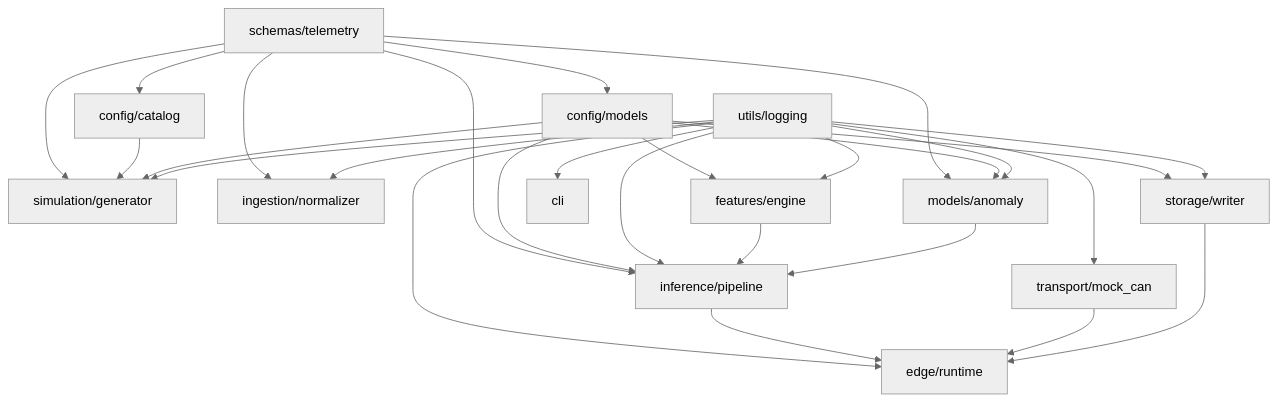
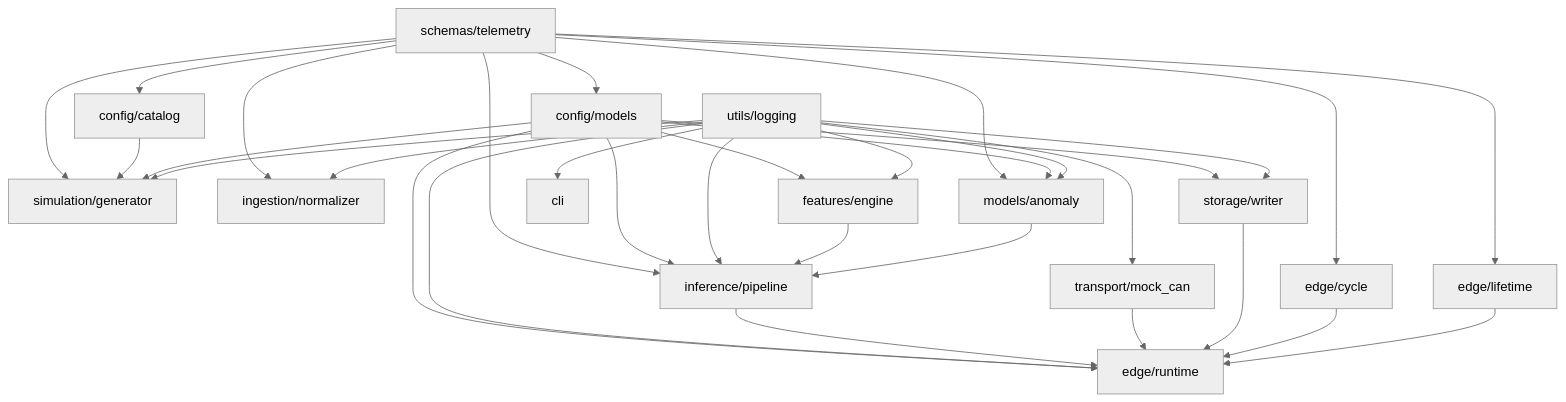
The fourth of 4 diagrams in docs/01_architecture.md (jayaprakash87/vehicle-intelligence-platform), drawn with Mermaid (neutral theme) before and after one commit. The commit also changed other lines of this file and 1 other file, not shown here.

Commit message:
feat(docs): enhance cycle and lifetime health documentation with detailed histogram tracking and processing layers

````diff
--- a/docs/01_architecture.md
+++ b/docs/01_architecture.md
@@ -129,32 +139,37 @@
 ```mermaid
 graph TD
     SCH[schemas/telemetry] --> CFG[config/models]
     SCH --> CAT[config/catalog]
     SCH --> SIM[simulation/generator]
     SCH --> ING[ingestion/normalizer]
     SCH --> MOD[models/anomaly]
     SCH --> INF[inference/pipeline]
+    SCH --> CYC[edge/cycle]
+    SCH --> LFT[edge/lifetime]
 
     CAT --> SIM
     CFG --> SIM
     CFG --> FE[features/engine]
     CFG --> MOD
     CFG --> INF
     CFG --> STR[storage/writer]
+    CFG --> EDG[edge/runtime]
 
     LOG[utils/logging] --> SIM
     LOG --> ING
     LOG --> FE
     LOG --> MOD
     LOG --> INF
     LOG --> TRN[transport/mock_can]
     LOG --> STR
-    LOG --> EDG[edge/runtime]
+    LOG --> EDG
     LOG --> CLI[cli]
 
     FE --> INF
     MOD --> INF
     INF --> EDG
     TRN --> EDG
     STR --> EDG
+    CYC --> EDG
+    LFT --> EDG
 ```
````
